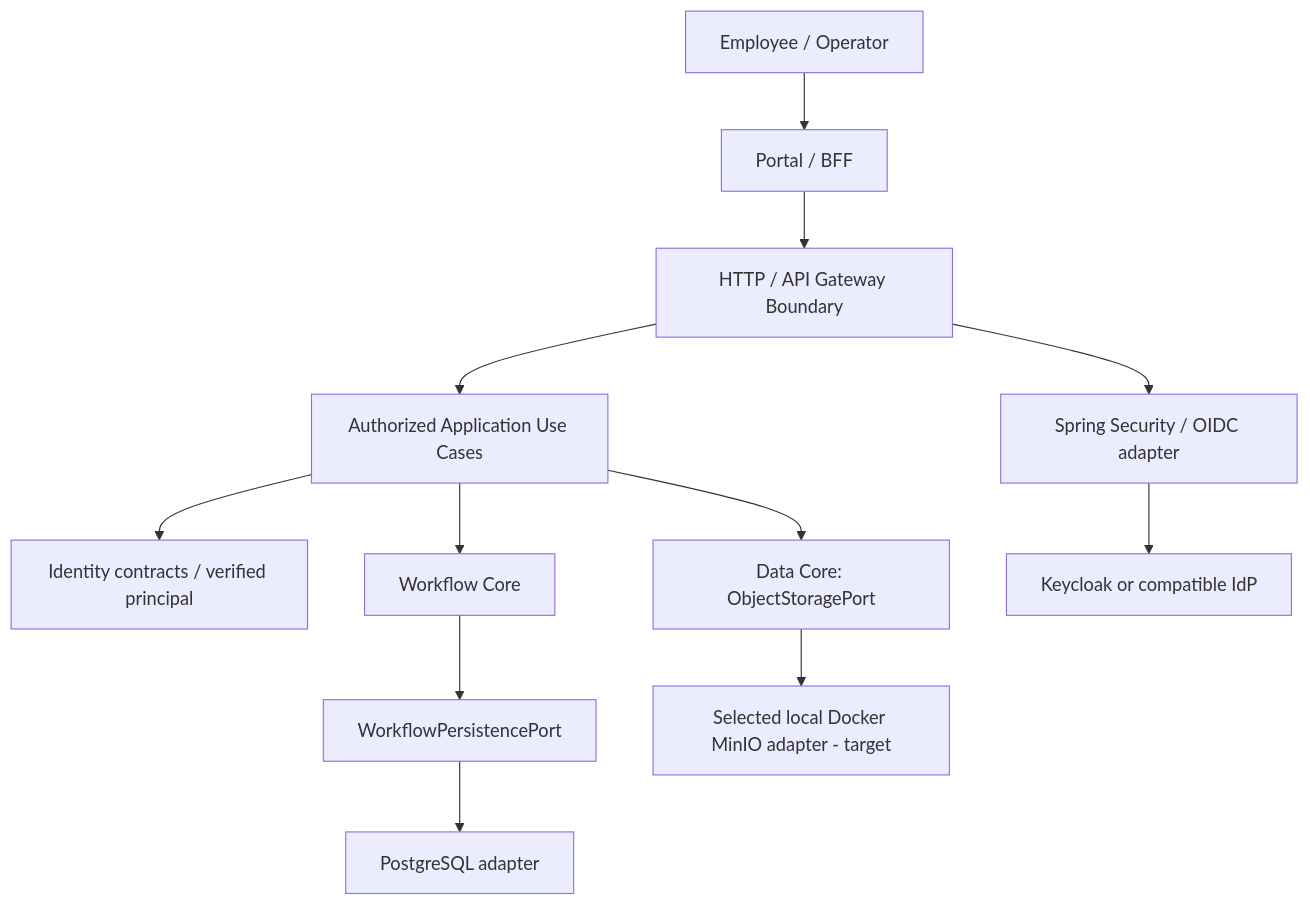
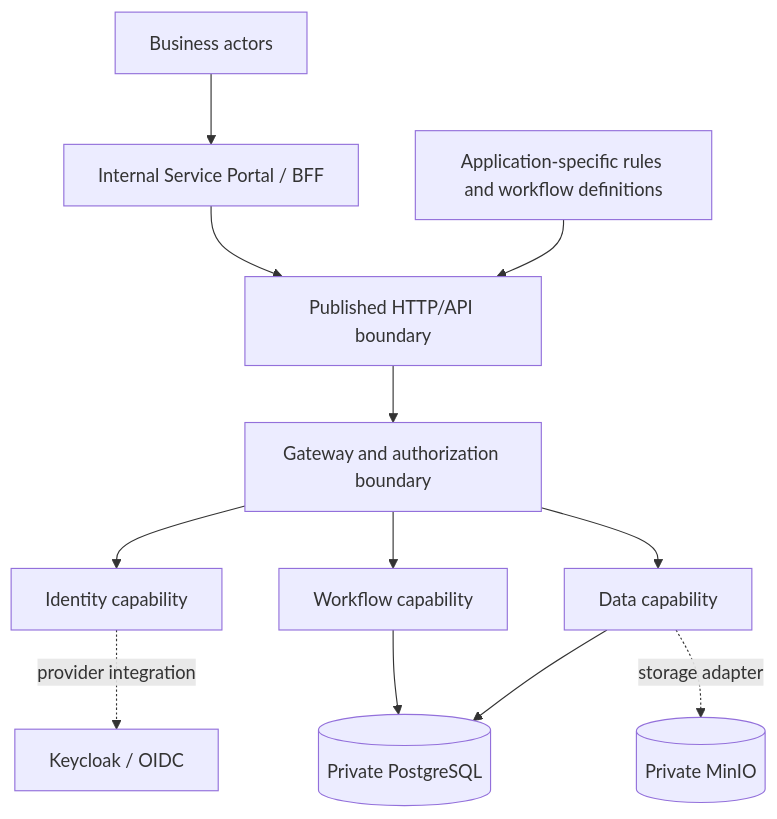
One commit to lexuanbao258-collab/dxos-open-core changed the diagram in docs/00-project/project-overview.md. Above: the diagram before and after it, drawn with Mermaid. The commit also changed other lines of this file and 11 other files, not shown here.

````diff
--- a/docs/00-project/project-overview.md
+++ b/docs/00-project/project-overview.md
@@ -33,14 +49,14 @@
 ```mermaid
-flowchart TD
-    User[Employee / Operator] --> Portal[Portal / BFF]
-    Portal --> Gateway[HTTP / API Gateway Boundary]
-    Gateway --> App[Authorized Application Use Cases]
-    App --> Identity[Identity contracts / verified principal]
-    App --> Workflow[Workflow Core]
-    App --> Data[Data Core: ObjectStoragePort]
-    Workflow --> WPort[WorkflowPersistencePort]
-    WPort --> Pg[PostgreSQL adapter]
-    Data --> Storage[Selected local Docker MinIO adapter - target]
-    Gateway --> Security[Spring Security / OIDC adapter]
-    Security --> IdP[Keycloak or compatible IdP]
+flowchart TB
+    U[Business actors] --> P[Internal Service Portal / BFF]
+    P --> H[Published HTTP/API boundary]
+    H --> G[Gateway and authorization boundary]
+    G --> I[Identity capability]
+    G --> W[Workflow capability]
+    G --> D[Data capability]
+    A[Application-specific rules and workflow definitions] --> H
+    I -. provider integration .-> K[Keycloak / OIDC]
+    W --> DB[(Private PostgreSQL)]
+    D --> DB
+    D -. storage adapter .-> M[(Private MinIO)]
 ```
````
